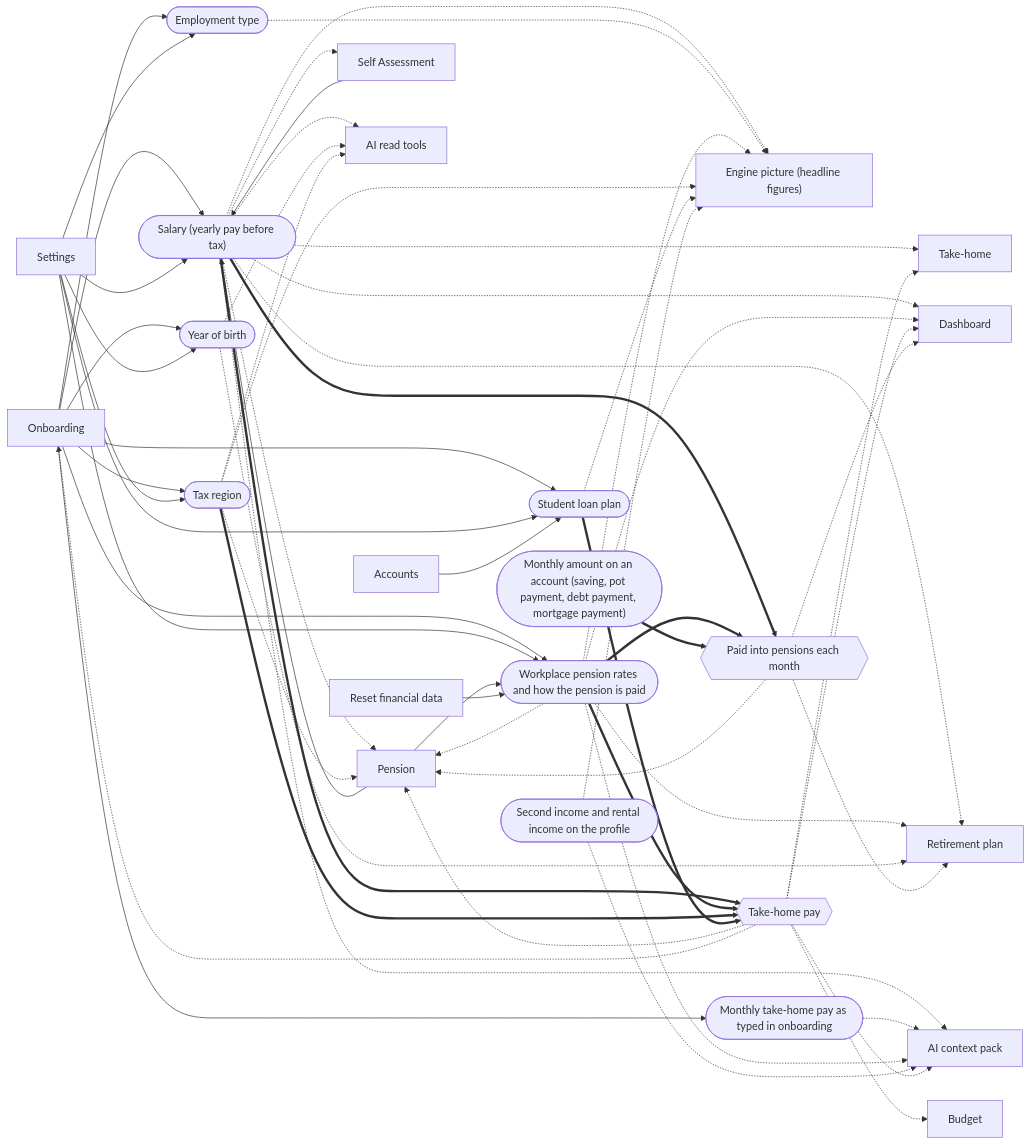
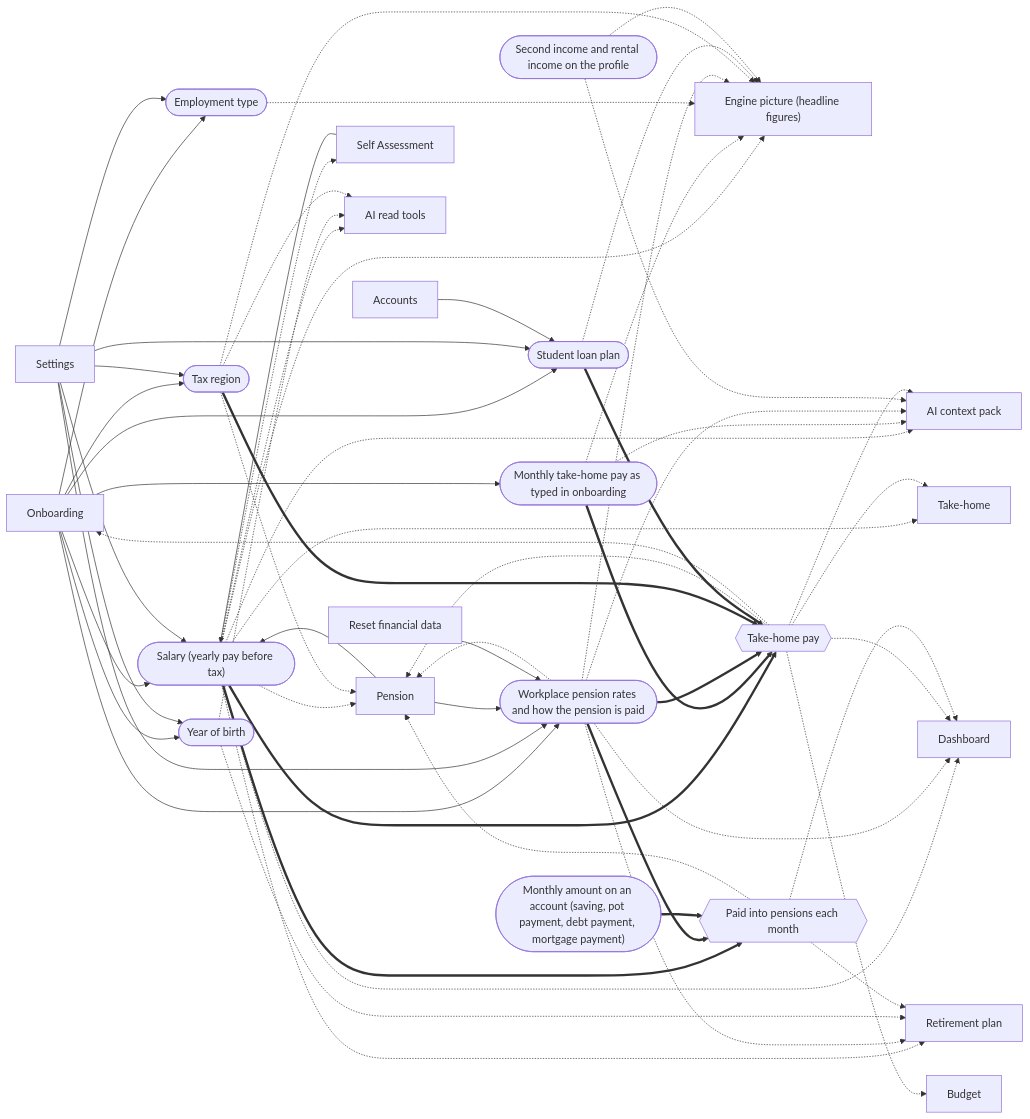
Before and after one commit to mgallagher56/flump: the first of 7 diagrams in docs/system/generated/connections.md, drawn with Mermaid. The commit also changed 81 other files, not shown here.

```diff
--- a/docs/system/generated/connections.md
+++ b/docs/system/generated/connections.md
@@ -36,6 +36,7 @@
   f_salary -.-> s_context_pack
   f_typed_take_home(["Monthly take-home pay as typed in onboarding"])
   s_onboarding --> f_typed_take_home
+  f_typed_take_home -.-> s_picture
   f_typed_take_home -.-> s_context_pack
   f_employment_type(["Employment type"])
   s_onboarding --> f_employment_type
@@ -72,6 +73,7 @@
   f_second_and_rental_income -.-> s_context_pack
   g_take_home{{"Take-home pay"}}
   f_salary ==> g_take_home
+  f_typed_take_home ==> g_take_home
   f_pension_rates ==> g_take_home
   f_tax_region ==> g_take_home
   f_student_loan_plan ==> g_take_home
```
